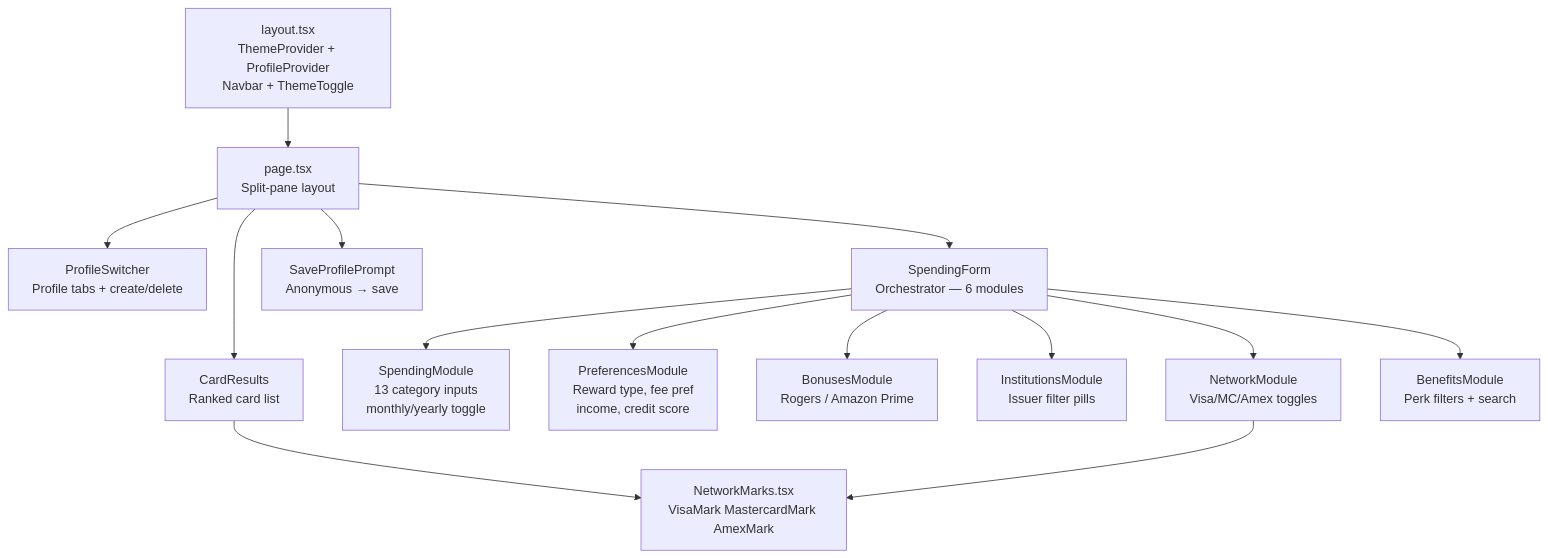
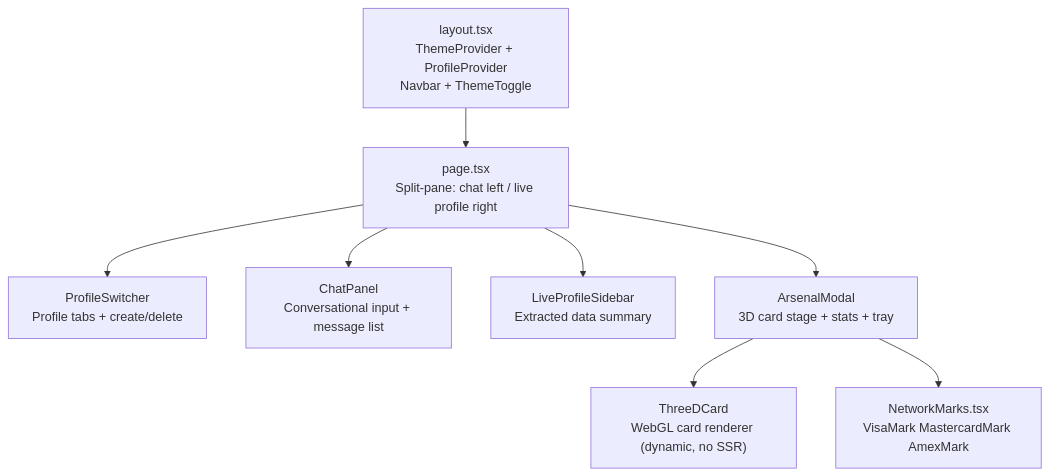
One commit to Yehdar/Canadian-Credit-Card-Points-Optimizer changed the fourth of 5 diagrams in CLAUDE.md. Above: the diagram before and after it, drawn with Mermaid. The commit also changed other lines of this file and 1 other file, not shown here.

````diff
--- a/CLAUDE.md
+++ b/CLAUDE.md
@@ -147,32 +148,20 @@
 ```mermaid
 graph TD
     Layout["layout.tsx\nThemeProvider + ProfileProvider\nNavbar + ThemeToggle"]
-    Page["page.tsx\nSplit-pane layout"]
+    Page["page.tsx\nSplit-pane: chat left / live profile right"]
     PS["ProfileSwitcher\nProfile tabs + create/delete"]
-    SF["SpendingForm\nOrchestrator — 6 modules"]
-    CR["CardResults\nRanked card list"]
-    SPP["SaveProfilePrompt\nAnonymous → save"]
+    CP["ChatPanel\nConversational input + message list"]
+    LPS["LiveProfileSidebar\nExtracted data summary"]
+    AM["ArsenalModal\n3D card stage + stats + tray"]
 
-    SM["SpendingModule\n13 category inputs\nmonthly/yearly toggle"]
-    PM["PreferencesModule\nReward type, fee pref\nincome, credit score"]
-    BM["BonusesModule\nRogers / Amazon Prime"]
-    IM["InstitutionsModule\nIssuer filter pills"]
-    NM["NetworkModule\nVisa/MC/Amex toggles"]
-    BEM["BenefitsModule\nPerk filters + search"]
-
+    TC["ThreeDCard\nWebGL card renderer (dynamic, no SSR)"]
     NMK["NetworkMarks.tsx\nVisaMark MastercardMark AmexMark"]
 
     Layout --> Page
     Page --> PS
-    Page --> SF
-    Page --> CR
-    Page --> SPP
-    SF --> SM
-    SF --> PM
-    SF --> BM
-    SF --> IM
-    SF --> NM
-    SF --> BEM
-    CR --> NMK
-    NM --> NMK
+    Page --> CP
+    Page --> LPS
+    Page --> AM
+    AM --> TC
+    AM --> NMK
 ```
````
